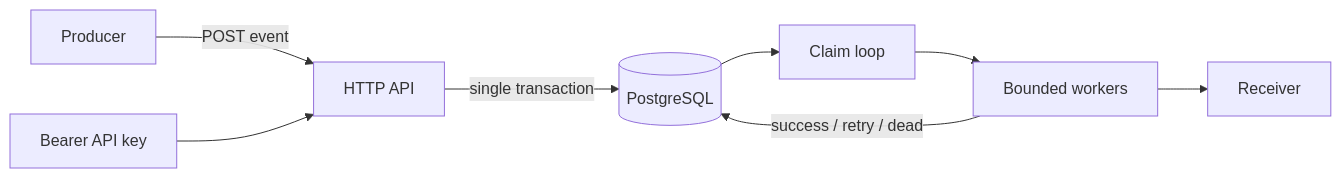
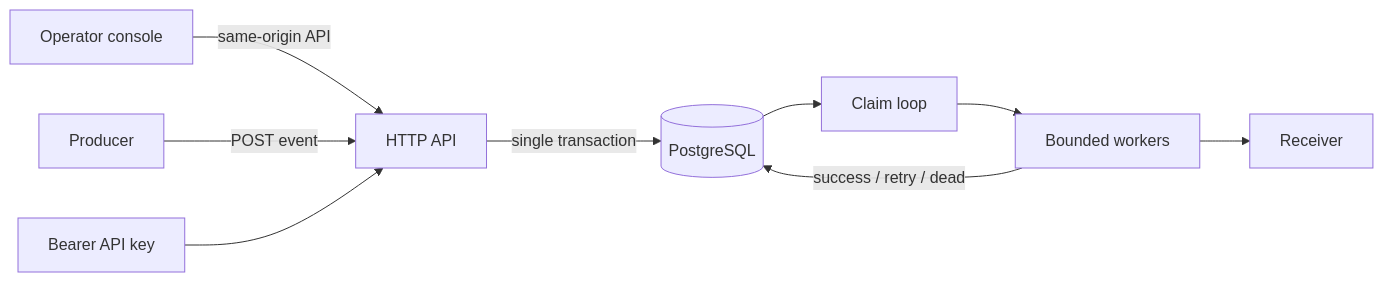
Before and after one commit to PCenjoyer/GoProject: the diagram in docs/architecture.md, drawn with Mermaid. The commit also changed other lines of this file and 11 other files, not shown here.

Commit message:
add embedded operator console

````diff
--- a/docs/architecture.md
+++ b/docs/architecture.md
@@ -5,10 +5,11 @@
 ```mermaid
 flowchart LR
-    P[Producer] -->|POST event| A[HTTP API]
+    U[Operator console] -->|same-origin API| A[HTTP API]
+    P[Producer] -->|POST event| A
     K[Bearer API key] --> A
     A -->|single transaction| DB[(PostgreSQL)]
     DB --> Q[Claim loop]
     Q --> W[Bounded workers]
     W --> R[Receiver]
     W -->|success / retry / dead| DB
 ```
````
